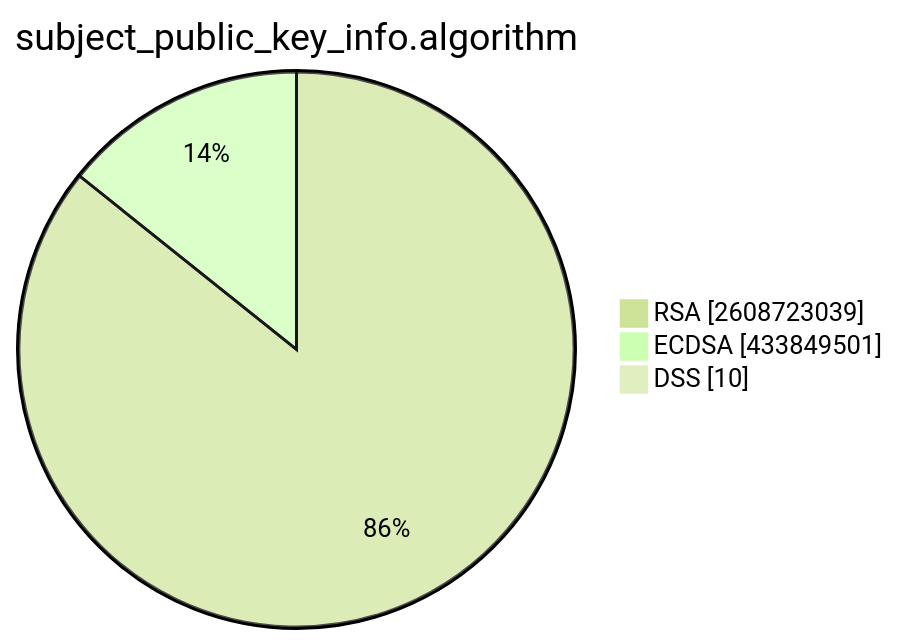
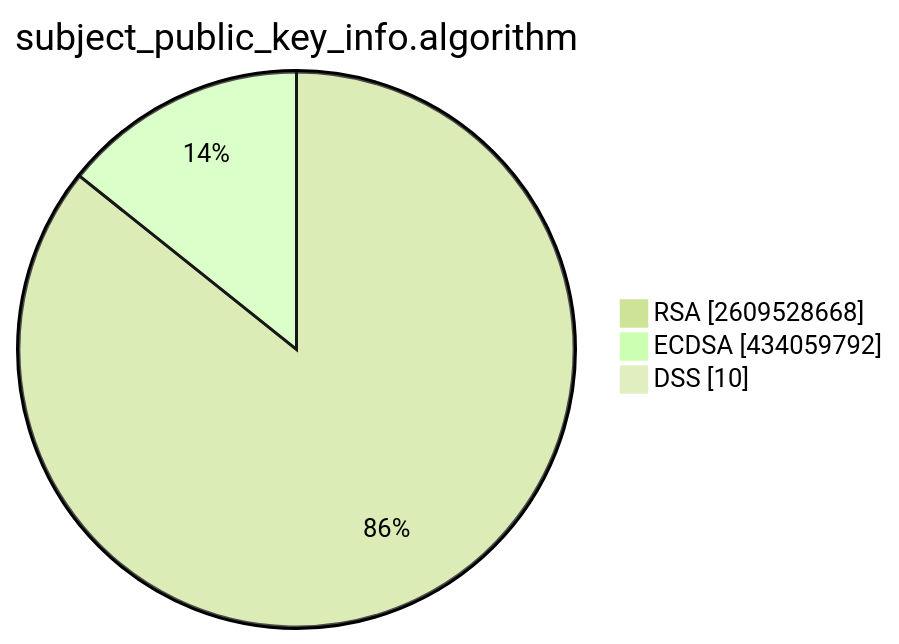
Before and after one commit to christiankrug/ctmonitor_visualization: the second of 15 diagrams in TOTAL/README.md, drawn with Mermaid (forest theme). The commit also changed other lines of this file, not shown here.

````diff
--- a/TOTAL/README.md
+++ b/TOTAL/README.md
@@ -6,7 +6,7 @@
 ```mermaid
 pie showData
 title subject_public_key_info.algorithm
-"RSA" :2608723039
-"ECDSA" :433849501
+"RSA" :2609528668
+"ECDSA" :434059792
 "DSS" :10
 ```
````
